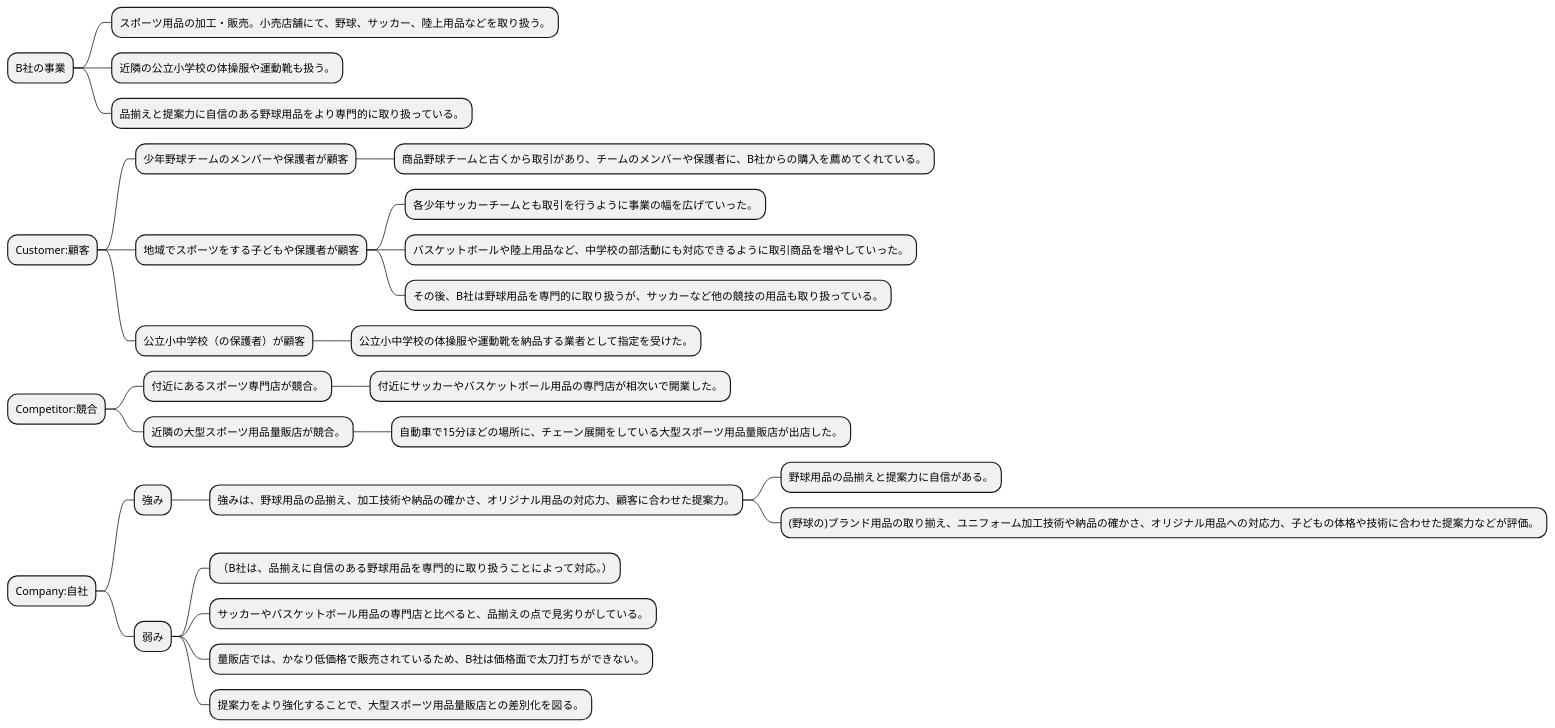
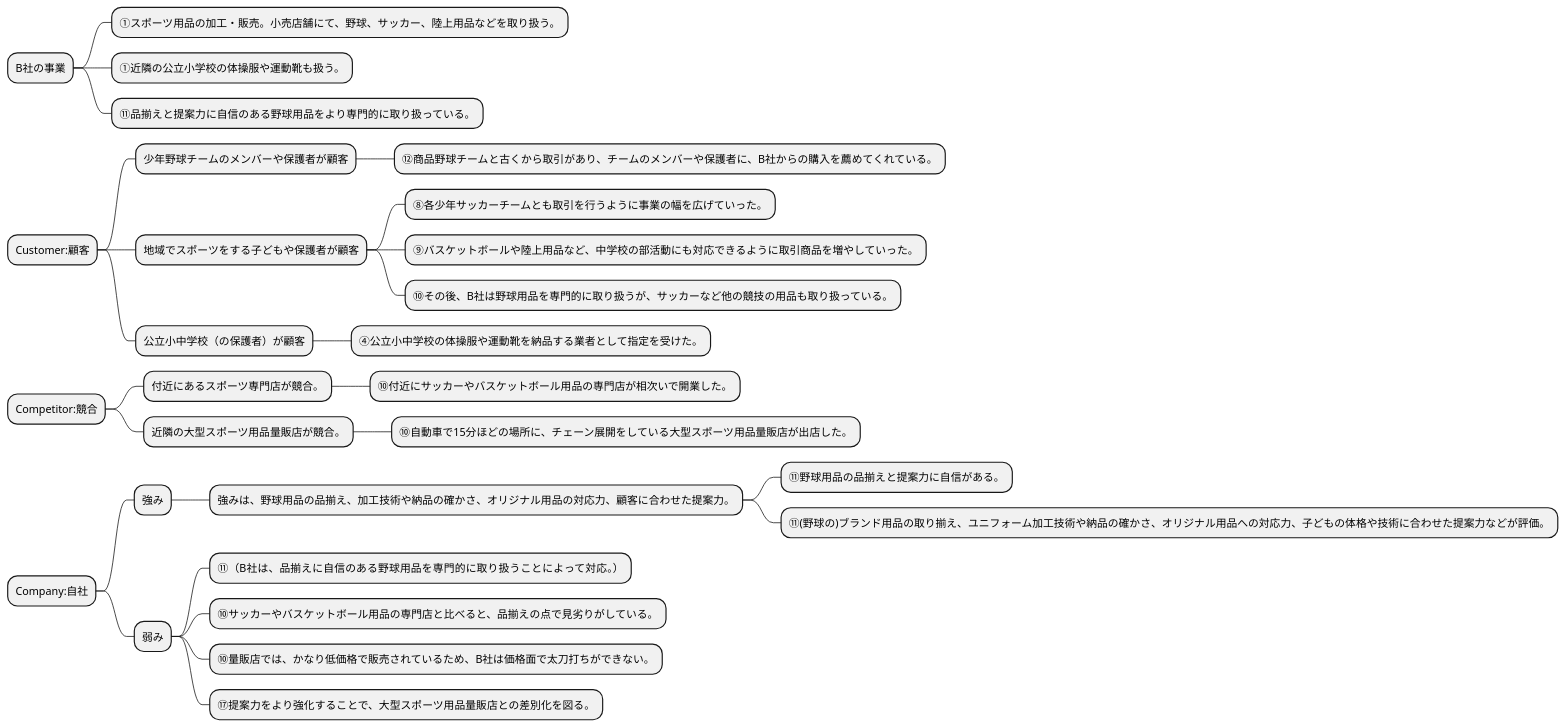
One commit to k2works/case-study-business-analysis changed the first of 10 diagrams in docs/case/study/R05/r05_case_2_study_2.adoc. Above: the diagram before and after it, drawn with PlantUML. The commit also changed other lines of this file, not shown here.

```diff
--- a/docs/case/study/R05/r05_case_2_study_2.adoc
+++ b/docs/case/study/R05/r05_case_2_study_2.adoc
@@ -63,36 +63,36 @@
 [plantuml]
 ----
 @startmindmap
 
 * B社の事業
-** スポーツ用品の加工・販売。小売店舗にて、野球、サッカー、陸上用品などを取り扱う。
-** 近隣の公立小学校の体操服や運動靴も扱う。
-** 品揃えと提案力に自信のある野球用品をより専門的に取り扱っている。
+** ①スポーツ用品の加工・販売。小売店舗にて、野球、サッカー、陸上用品などを取り扱う。
+** ①近隣の公立小学校の体操服や運動靴も扱う。
+** ⑪品揃えと提案力に自信のある野球用品をより専門的に取り扱っている。
 
 * Customer:顧客
 ** 少年野球チームのメンバーや保護者が顧客
-*** 商品野球チームと古くから取引があり、チームのメンバーや保護者に、B社からの購入を薦めてくれている。
+*** ⑫商品野球チームと古くから取引があり、チームのメンバーや保護者に、B社からの購入を薦めてくれている。
 ** 地域でスポーツをする子どもや保護者が顧客
-*** 各少年サッカーチームとも取引を行うように事業の幅を広げていった。
-*** バスケットボールや陸上用品など、中学校の部活動にも対応できるように取引商品を増やしていった。
-*** その後、B社は野球用品を専門的に取り扱うが、サッカーなど他の競技の用品も取り扱っている。
+*** ⑧各少年サッカーチームとも取引を行うように事業の幅を広げていった。
+*** ⑨バスケットボールや陸上用品など、中学校の部活動にも対応できるように取引商品を増やしていった。
+*** ⑩その後、B社は野球用品を専門的に取り扱うが、サッカーなど他の競技の用品も取り扱っている。
 ** 公立小中学校（の保護者）が顧客
-*** 公立小中学校の体操服や運動靴を納品する業者として指定を受けた。
+*** ④公立小中学校の体操服や運動靴を納品する業者として指定を受けた。
 * Competitor:競合
 ** 付近にあるスポーツ専門店が競合。
-*** 付近にサッカーやバスケットボール用品の専門店が相次いで開業した。
+*** ⑩付近にサッカーやバスケットボール用品の専門店が相次いで開業した。
 ** 近隣の大型スポーツ用品量販店が競合。
-*** 自動車で15分ほどの場所に、チェーン展開をしている大型スポーツ用品量販店が出店した。
+*** ⑩自動車で15分ほどの場所に、チェーン展開をしている大型スポーツ用品量販店が出店した。
 * Company:自社
 ** 強み
 *** 強みは、野球用品の品揃え、加工技術や納品の確かさ、オリジナル用品の対応力、顧客に合わせた提案力。
-**** 野球用品の品揃えと提案力に自信がある。
-**** (野球の)ブランド用品の取り揃え、ユニフォーム加工技術や納品の確かさ、オリジナル用品への対応力、子どもの体格や技術に合わせた提案力などが評価。
+**** ⑪野球用品の品揃えと提案力に自信がある。
+**** ⑪(野球の)ブランド用品の取り揃え、ユニフォーム加工技術や納品の確かさ、オリジナル用品への対応力、子どもの体格や技術に合わせた提案力などが評価。
 ** 弱み
-*** （B社は、品揃えに自信のある野球用品を専門的に取り扱うことによって対応。）
-*** サッカーやバスケットボール用品の専門店と比べると、品揃えの点で見劣りがしている。
-*** 量販店では、かなり低価格で販売されているため、B社は価格面で太刀打ちができない。
-*** 提案力をより強化することで、大型スポーツ用品量販店との差別化を図る。
+*** ⑪（B社は、品揃えに自信のある野球用品を専門的に取り扱うことによって対応。）
+*** ⑩サッカーやバスケットボール用品の専門店と比べると、品揃えの点で見劣りがしている。
+*** ⑩量販店では、かなり低価格で販売されているため、B社は価格面で太刀打ちができない。
+*** ⑰提案力をより強化することで、大型スポーツ用品量販店との差別化を図る。
 
 @endmindmap
 ----
```
